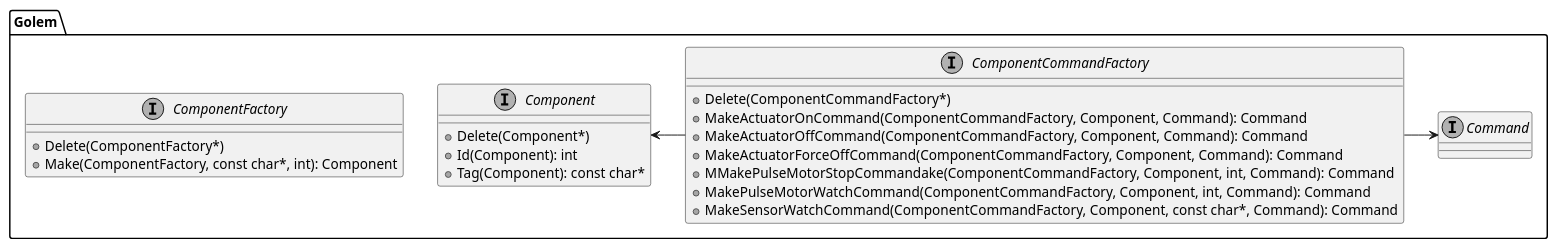
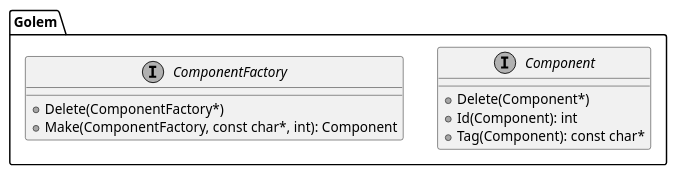
Before and after one commit to kokabe2/golem: the diagram in doc/component_class_diagram.pu, drawn with PlantUML. The commit also changed 55 other files, not shown here.

```diff
--- a/doc/component_class_diagram.pu
+++ b/doc/component_class_diagram.pu
@@ -1,34 +1,19 @@
 @startuml component_class_diagram
 skinparam {
     defaultFontName Ricty Diminished
     monochrome true
 }
 
 package Golem {
         interface Component {
             + Delete(Component*)
             + Id(Component): int
             + Tag(Component): const char*
         }
 
         interface ComponentFactory {
             + Delete(ComponentFactory*)
             + Make(ComponentFactory, const char*, int): Component
         }
-
-        interface ComponentCommandFactory {
-            + Delete(ComponentCommandFactory*)
-            + MakeActuatorOnCommand(ComponentCommandFactory, Component, Command): Command
-            + MakeActuatorOffCommand(ComponentCommandFactory, Component, Command): Command
-            + MakeActuatorForceOffCommand(ComponentCommandFactory, Component, Command): Command
-            + MMakePulseMotorStopCommandake(ComponentCommandFactory, Component, int, Command): Command
-            + MakePulseMotorWatchCommand(ComponentCommandFactory, Component, int, Command): Command
-            + MakeSensorWatchCommand(ComponentCommandFactory, Component, const char*, Command): Command
-        }
-
-        interface Command
-
-        ComponentCommandFactory -> Command
-        ComponentCommandFactory -l-> Component
 }
 @enduml
```
